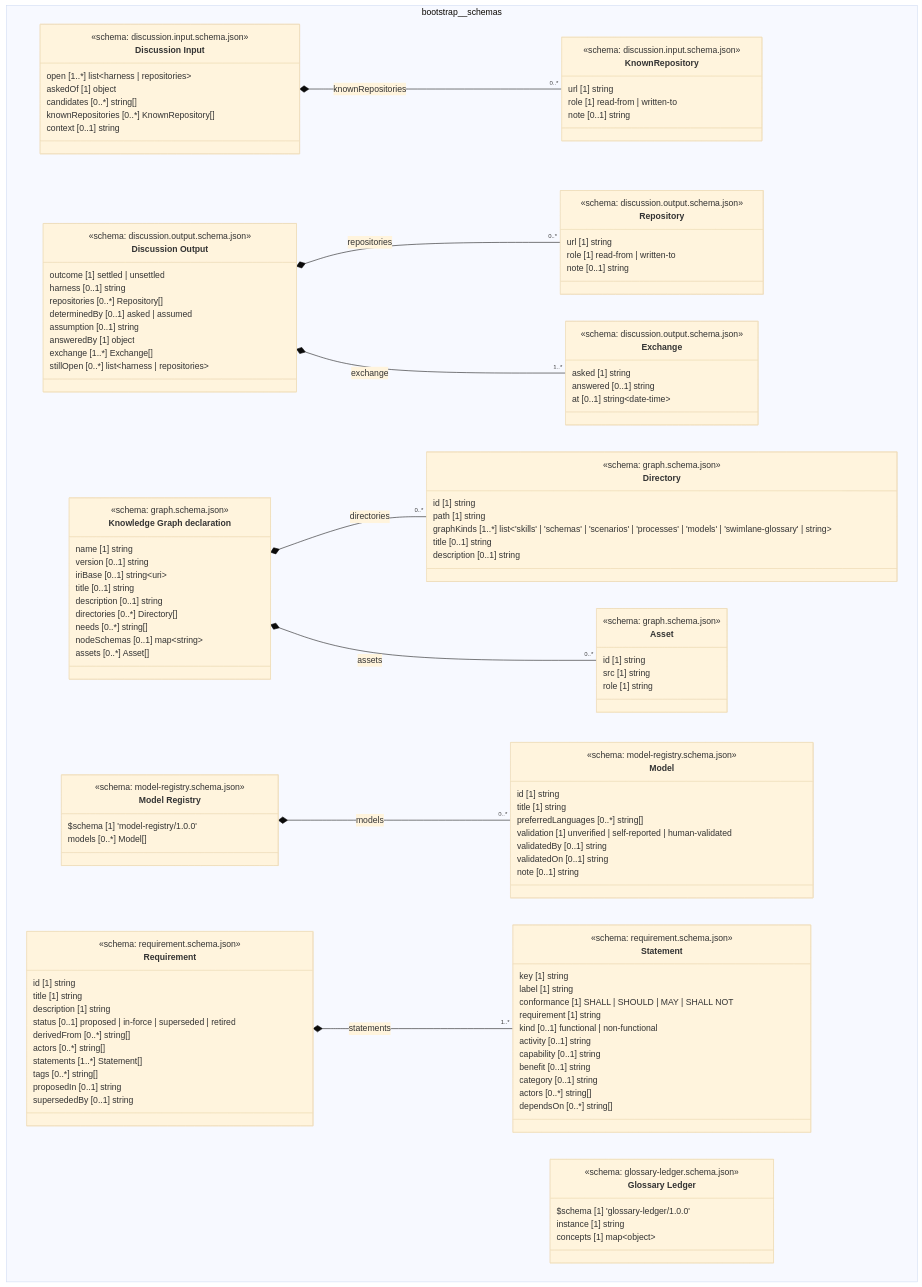
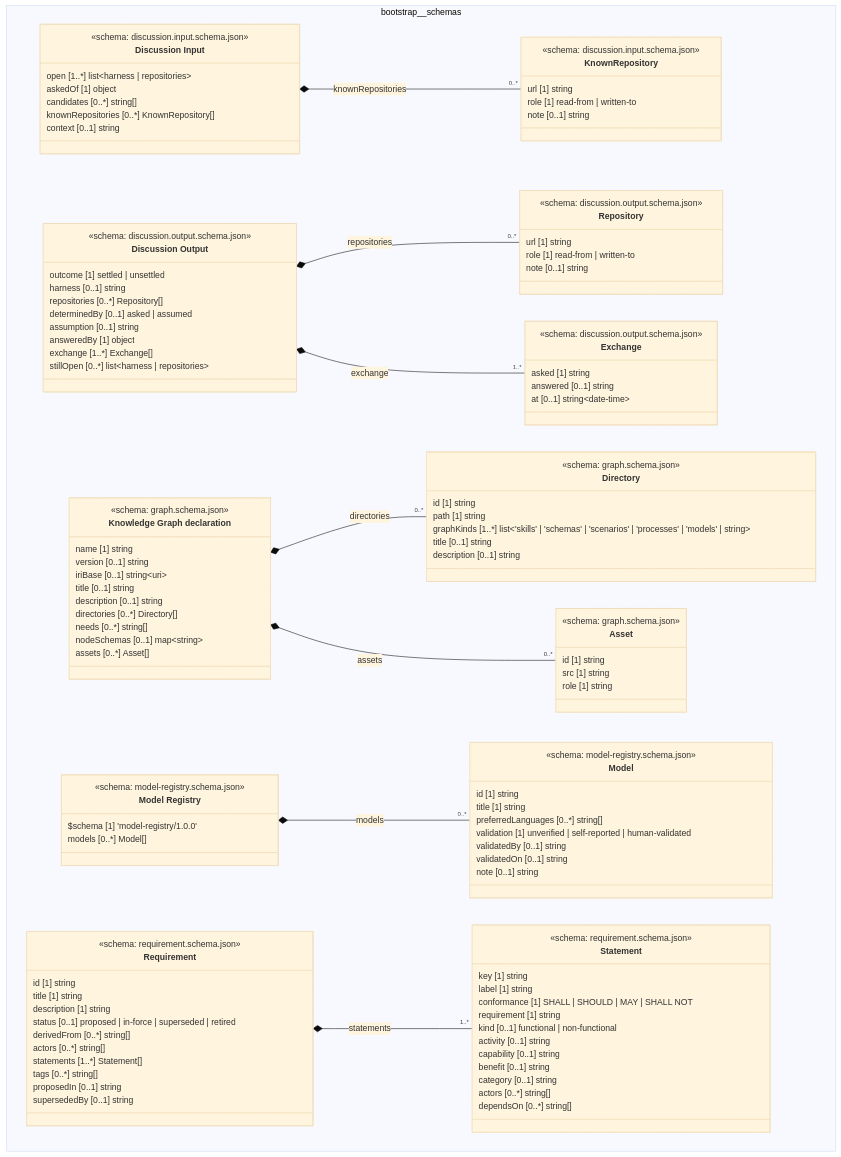
One commit to litlfred/folio-assistant changed the diagram in cat-harness/uml/overview/bootstrap/schemas.mmd. Above: the diagram before and after it, drawn with Mermaid (base theme). The commit also changed 52 other files, not shown here.

First line of the commit message:
Glossary ledger hosted in cat-harness; its kind and schema move up (owner, 2026-09-30)

```diff
--- a/cat-harness/uml/overview/bootstrap/schemas.mmd
+++ b/cat-harness/uml/overview/bootstrap/schemas.mmd
@@ -1,135 +1,128 @@
 classDiagram
   direction TB
   namespace bootstrap__schemas {
     class bootstrap_schemas_discussion_input_schema_json_KnownRepository["KnownRepository"] {
       <<schema: discussion.input.schema.json>>
       url [1] string
       role [1] read-from | written-to
       note [0..1] string
     }
     class bootstrap_schemas_discussion_input_schema_json_Discussion_Input["Discussion Input"] {
       <<schema: discussion.input.schema.json>>
       open [1..*] list~harness | repositories~
       askedOf [1] object
       candidates [0..*] string[]
       knownRepositories [0..*] KnownRepository[]
       context [0..1] string
     }
     class bootstrap_schemas_discussion_output_schema_json_Repository["Repository"] {
       <<schema: discussion.output.schema.json>>
       url [1] string
       role [1] read-from | written-to
       note [0..1] string
     }
     class bootstrap_schemas_discussion_output_schema_json_Exchange["Exchange"] {
       <<schema: discussion.output.schema.json>>
       asked [1] string
       answered [0..1] string
       at [0..1] string~date-time~
     }
     class bootstrap_schemas_discussion_output_schema_json_Discussion_Output["Discussion Output"] {
       <<schema: discussion.output.schema.json>>
       outcome [1] settled | unsettled
       harness [0..1] string
       repositories [0..*] Repository[]
       determinedBy [0..1] asked | assumed
       assumption [0..1] string
       answeredBy [1] object
       exchange [1..*] Exchange[]
       stillOpen [0..*] list~harness | repositories~
     }
-    class bootstrap_schemas_glossary_ledger_schema_json_Glossary_Ledger["Glossary Ledger"] {
-      <<schema: glossary-ledger.schema.json>>
-      $schema [1] 'glossary-ledger/1.0.0'
-      instance [1] string
-      concepts [1] map~object~
-    }
     class bootstrap_schemas_graph_schema_json_Directory["Directory"] {
       <<schema: graph.schema.json>>
       id [1] string
       path [1] string
-      graphKinds [1..*] list~'skills' | 'schemas' | 'scenarios' | 'processes' | 'models' | 'swimlane-glossary' | string~
+      graphKinds [1..*] list~'skills' | 'schemas' | 'scenarios' | 'processes' | 'models' | string~
       title [0..1] string
       description [0..1] string
     }
     class bootstrap_schemas_graph_schema_json_Asset["Asset"] {
       <<schema: graph.schema.json>>
       id [1] string
       src [1] string
       role [1] string
     }
     class bootstrap_schemas_graph_schema_json_Knowledge_Graph_declaration["Knowledge Graph declaration"] {
       <<schema: graph.schema.json>>
       name [1] string
       version [0..1] string
       iriBase [0..1] string~uri~
       title [0..1] string
       description [0..1] string
       directories [0..*] Directory[]
       needs [0..*] string[]
       nodeSchemas [0..1] map~string~
       assets [0..*] Asset[]
     }
     class bootstrap_schemas_model_registry_schema_json_Model["Model"] {
       <<schema: model-registry.schema.json>>
       id [1] string
       title [1] string
       preferredLanguages [0..*] string[]
       validation [1] unverified | self-reported | human-validated
       validatedBy [0..1] string
       validatedOn [0..1] string
       note [0..1] string
     }
     class bootstrap_schemas_model_registry_schema_json_Model_Registry["Model Registry"] {
       <<schema: model-registry.schema.json>>
       $schema [1] 'model-registry/1.0.0'
       models [0..*] Model[]
     }
     class bootstrap_schemas_requirement_schema_json_Statement["Statement"] {
       <<schema: requirement.schema.json>>
       key [1] string
       label [1] string
       conformance [1] SHALL | SHOULD | MAY | SHALL NOT
       requirement [1] string
       kind [0..1] functional | non-functional
       activity [0..1] string
       capability [0..1] string
       benefit [0..1] string
       category [0..1] string
       actors [0..*] string[]
       dependsOn [0..*] string[]
     }
     class bootstrap_schemas_requirement_schema_json_Requirement["Requirement"] {
       <<schema: requirement.schema.json>>
       id [1] string
       title [1] string
       description [1] string
       status [0..1] proposed | in-force | superseded | retired
       derivedFrom [0..*] string[]
       actors [0..*] string[]
       statements [1..*] Statement[]
       tags [0..*] string[]
       proposedIn [0..1] string
       supersededBy [0..1] string
     }
   }
   bootstrap_schemas_discussion_input_schema_json_Discussion_Input *-- "0..*" bootstrap_schemas_discussion_input_schema_json_KnownRepository : knownRepositories
   bootstrap_schemas_discussion_output_schema_json_Discussion_Output *-- "0..*" bootstrap_schemas_discussion_output_schema_json_Repository : repositories
   bootstrap_schemas_discussion_output_schema_json_Discussion_Output *-- "1..*" bootstrap_schemas_discussion_output_schema_json_Exchange : exchange
   bootstrap_schemas_graph_schema_json_Knowledge_Graph_declaration *-- "0..*" bootstrap_schemas_graph_schema_json_Directory : directories
   bootstrap_schemas_graph_schema_json_Knowledge_Graph_declaration *-- "0..*" bootstrap_schemas_graph_schema_json_Asset : assets
   bootstrap_schemas_model_registry_schema_json_Model_Registry *-- "0..*" bootstrap_schemas_model_registry_schema_json_Model : models
   bootstrap_schemas_requirement_schema_json_Requirement *-- "1..*" bootstrap_schemas_requirement_schema_json_Statement : statements
   cssClass "bootstrap_schemas_discussion_input_schema_json_KnownRepository" fa_uml_kind_schemas
   cssClass "bootstrap_schemas_discussion_input_schema_json_Discussion_Input" fa_uml_kind_schemas
   cssClass "bootstrap_schemas_discussion_output_schema_json_Repository" fa_uml_kind_schemas
   cssClass "bootstrap_schemas_discussion_output_schema_json_Exchange" fa_uml_kind_schemas
   cssClass "bootstrap_schemas_discussion_output_schema_json_Discussion_Output" fa_uml_kind_schemas
-  cssClass "bootstrap_schemas_glossary_ledger_schema_json_Glossary_Ledger" fa_uml_kind_schemas
   cssClass "bootstrap_schemas_graph_schema_json_Directory" fa_uml_kind_schemas
   cssClass "bootstrap_schemas_graph_schema_json_Asset" fa_uml_kind_schemas
   cssClass "bootstrap_schemas_graph_schema_json_Knowledge_Graph_declaration" fa_uml_kind_schemas
   cssClass "bootstrap_schemas_model_registry_schema_json_Model" fa_uml_kind_schemas
   cssClass "bootstrap_schemas_model_registry_schema_json_Model_Registry" fa_uml_kind_schemas
   cssClass "bootstrap_schemas_requirement_schema_json_Statement" fa_uml_kind_schemas
   cssClass "bootstrap_schemas_requirement_schema_json_Requirement" fa_uml_kind_schemas
```
